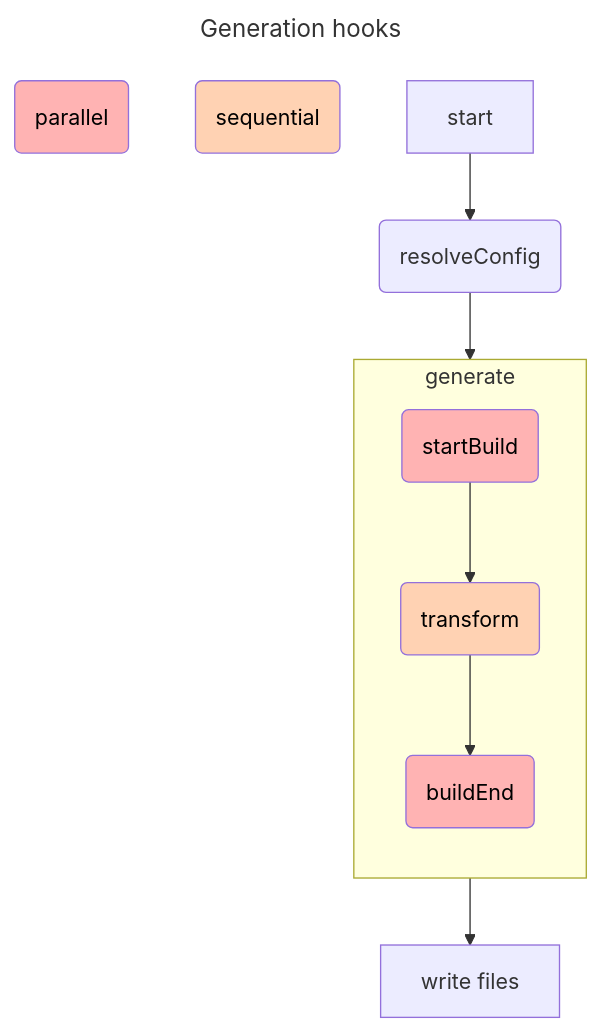
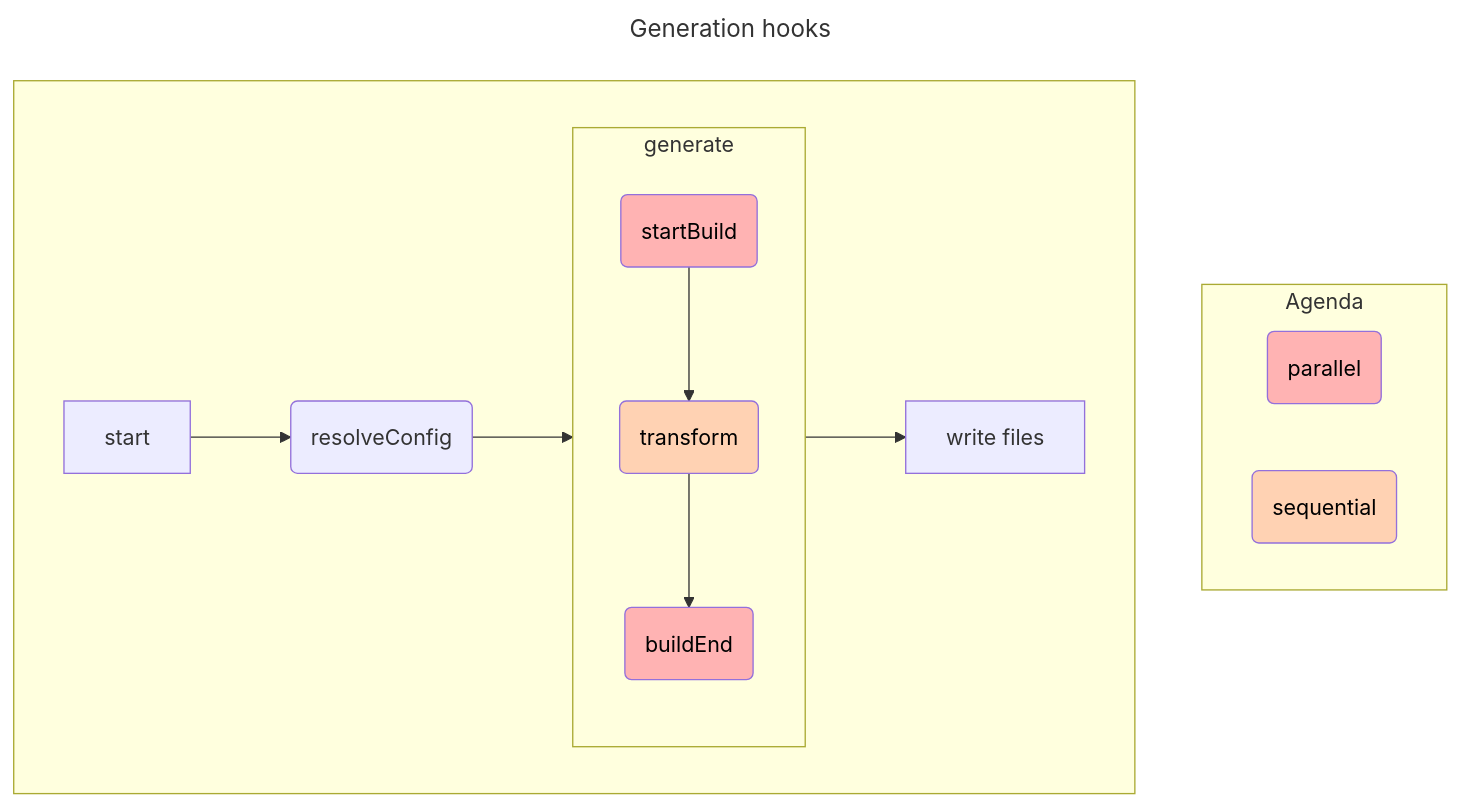
Before and after one commit to gsoft-inc/wl-openapi-typescript: the diagram in docs/src/using-plugins.md, drawn with Mermaid. The commit also changed other lines of this file and 3 other files, not shown here.

````diff
--- a/docs/src/using-plugins.md
+++ b/docs/src/using-plugins.md
@@ -129,20 +133,24 @@
 ```mermaid
 ---
 title: Generation hooks
 ---
 flowchart TB
     classDef parallel fill:#FFB3B3,color:black
     classDef sequential fill:#FFD2B3,color:black
 
-    parallel(parallel):::parallel 
-    sequential(sequential):::sequential 
+    subgraph Agenda
+        parallel(parallel):::parallel 
+        sequential(sequential):::sequential 
+    end 
 
     subgraph generate
         direction TB
         gen_A(startBuild):::parallel 
         --> gen_B(transform):::sequential
         --> gen_C(buildEnd):::parallel
     end
 
-    A[start] --> B(resolveConfig) --> generate  --> E[write files]
+    subgraph &nbsp;
+        A[start] --> B(resolveConfig) --> generate  --> E[write files]
+    end
 ```
````
